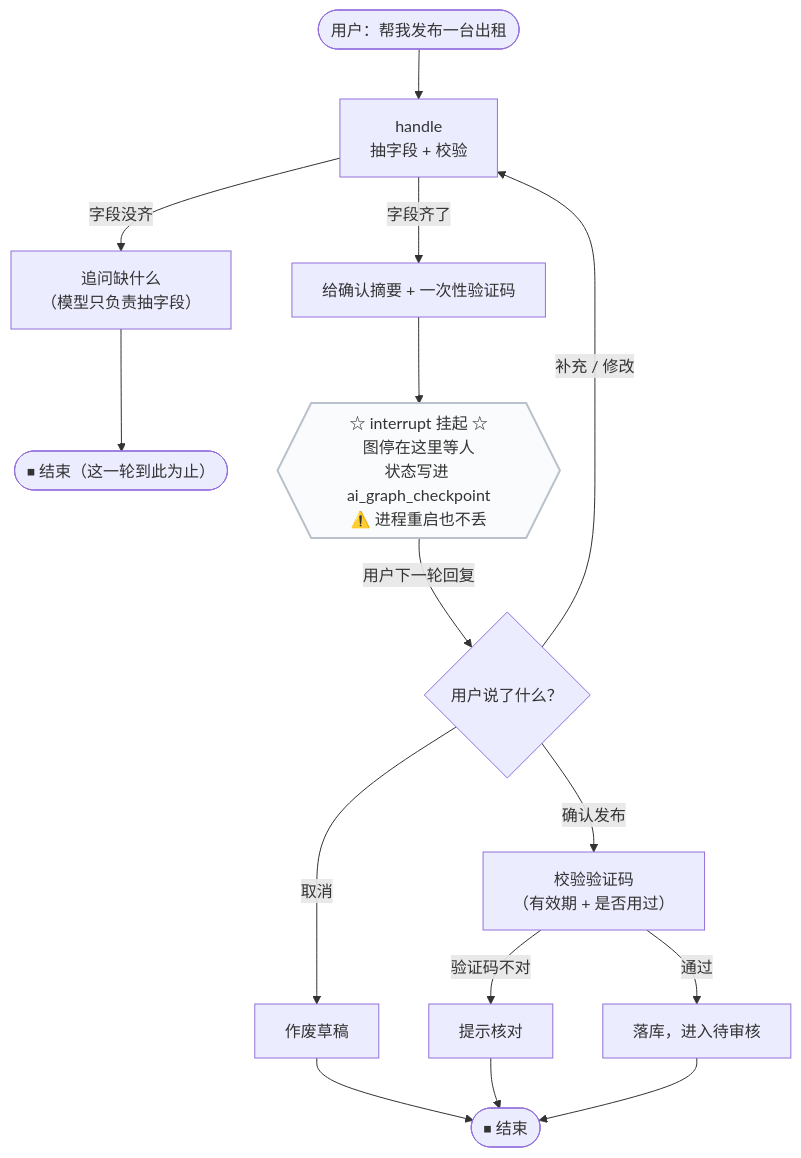
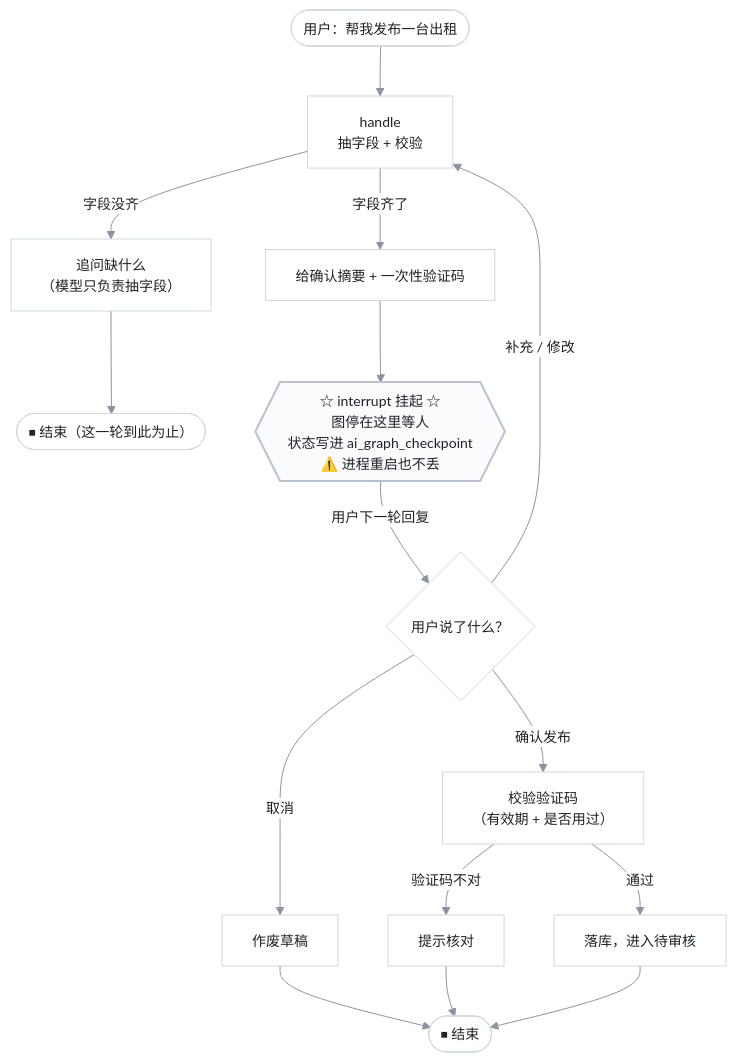
The fourth of 5 diagrams in docs/架构图.md (Melody022/Helper-agent), drawn with Mermaid before and after one commit. The commit also changed other lines of this file and 1 other file, not shown here.

First line of the commit message:
修 Mermaid 黑底黑字：主题写死成浅色 + 显式指定文字颜色

````diff
--- a/docs/架构图.md
+++ b/docs/架构图.md
@@ -150,23 +153,24 @@
 ```mermaid
+%%{init: {'theme':'base','themeVariables':{'primaryColor':'#ffffff','primaryTextColor':'#1f2328','primaryBorderColor':'#d0d7de','lineColor':'#8b949e','secondaryColor':'#ffffff','tertiaryColor':'#ffffff','textColor':'#1f2328','fontSize':'14px'}}}%%
 flowchart TD
     U(["用户：帮我发布一台出租"]) --> H
 
     H["handle<br/>抽字段 + 校验"]
     H -->|"字段没齐"| ASK["追问缺什么<br/>（模型只负责抽字段）"]
     ASK --> E1(["⏹ 结束（这一轮到此为止）"])
 
     H -->|"字段齐了"| SUM["给确认摘要 + 一次性验证码"]
     SUM --> INT{{"☆ interrupt 挂起 ☆<br/>图停在这里等人<br/>状态写进 ai_graph_checkpoint<br/>⚠️ 进程重启也不丢"}}
 
     INT -->|"用户下一轮回复"| BR{"用户说了什么？"}
     BR -->|"取消"| CN["作废草稿"]
     BR -->|"补充 / 修改"| H
     BR -->|"确认发布"| W["校验验证码<br/>（有效期 + 是否用过）"]
     W -->|"验证码不对"| WARN["提示核对"]
     W -->|"通过"| WRITE["落库，进入待审核"]
     CN --> E2(["⏹ 结束"])
     WARN --> E2
     WRITE --> E2
 
-    style INT fill:#fafbfc,stroke:#b9c2cc,stroke-width:2px
+    style INT fill:#fafbfc,stroke:#b9c2cc,stroke-width:2px,color:#1f2328
 ```
````
